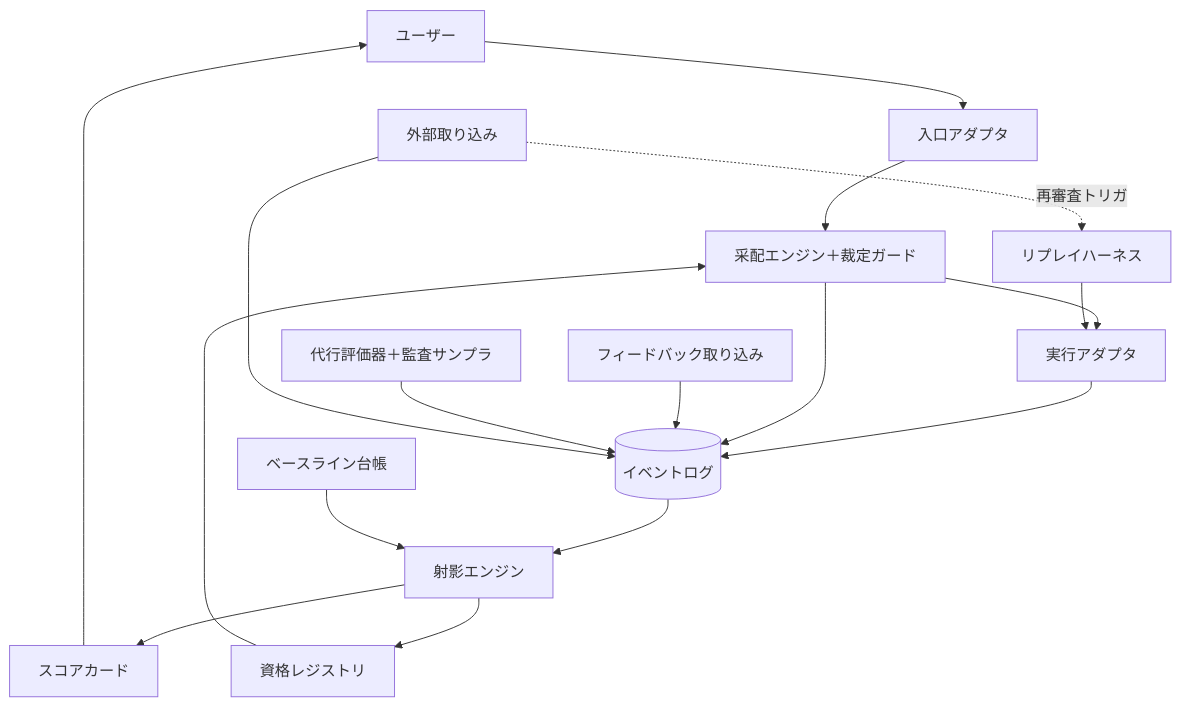
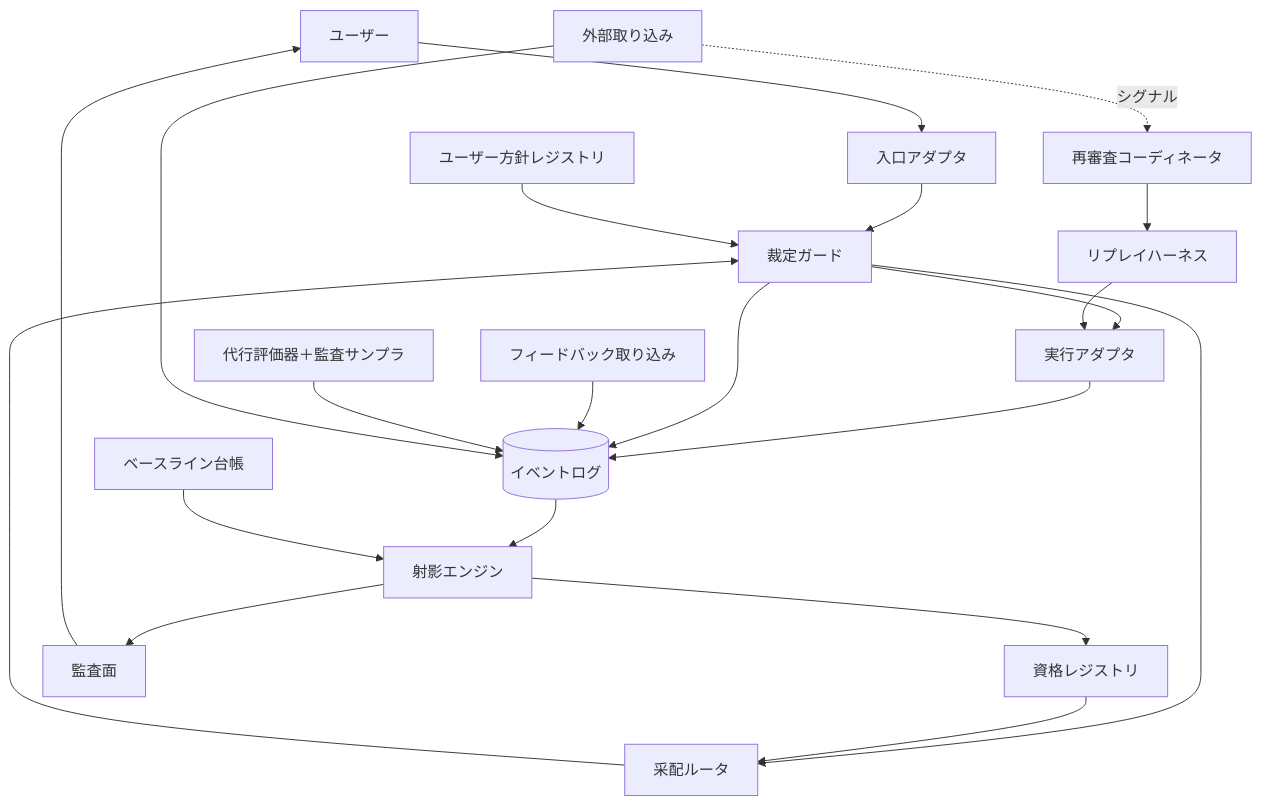
Before and after one commit to megumish/agent-dock: the diagram in DESIGN.md, drawn with Mermaid. The commit also changed other lines of this file and 1 other file, not shown here.

````diff
--- a/DESIGN.md
+++ b/DESIGN.md
@@ -28,19 +41,23 @@
 ```mermaid
 graph TD
     U[ユーザー] --> E[入口アダプタ]
-    E --> DSP[采配エンジン＋裁定ガード]
-    DSP --> RUN[実行アダプタ]
+    E --> G[裁定ガード]
+    G --> R[采配ルータ]
+    R --> G
+    G --> RUN[実行アダプタ]
     RUN --> LOG[(イベントログ)]
-    DSP --> LOG
+    G --> LOG
+    UP[ユーザー方針レジストリ] --> G
     FB[フィードバック取り込み] --> LOG
     PX[代行評価器＋監査サンプラ] --> LOG
     RP[リプレイハーネス] --> RUN
     EXT[外部取り込み] --> LOG
-    EXT -. 再審査トリガ .-> RP
+    RC[再審査コーディネータ] --> RP
+    EXT -. シグナル .-> RC
     LOG --> PRJ[射影エンジン]
     BL[ベースライン台帳] --> PRJ
-    PRJ --> SC[スコアカード]
     PRJ --> QR[資格レジストリ]
-    QR --> DSP
-    SC --> U
+    QR --> R
+    PRJ --> AV[監査面]
+    AV --> U
 ```
````
